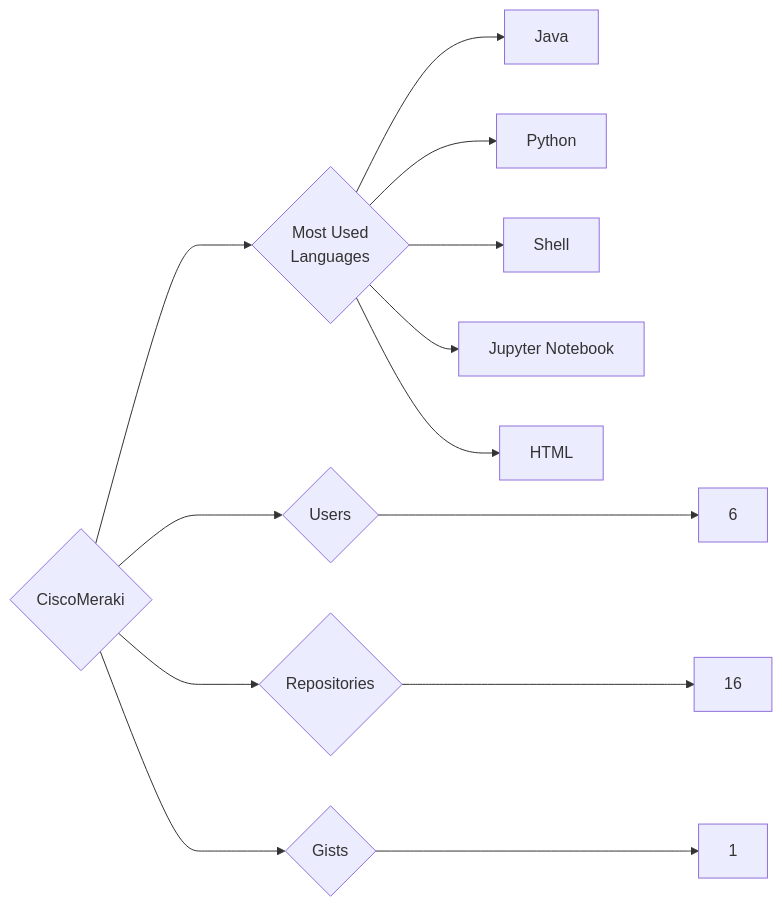
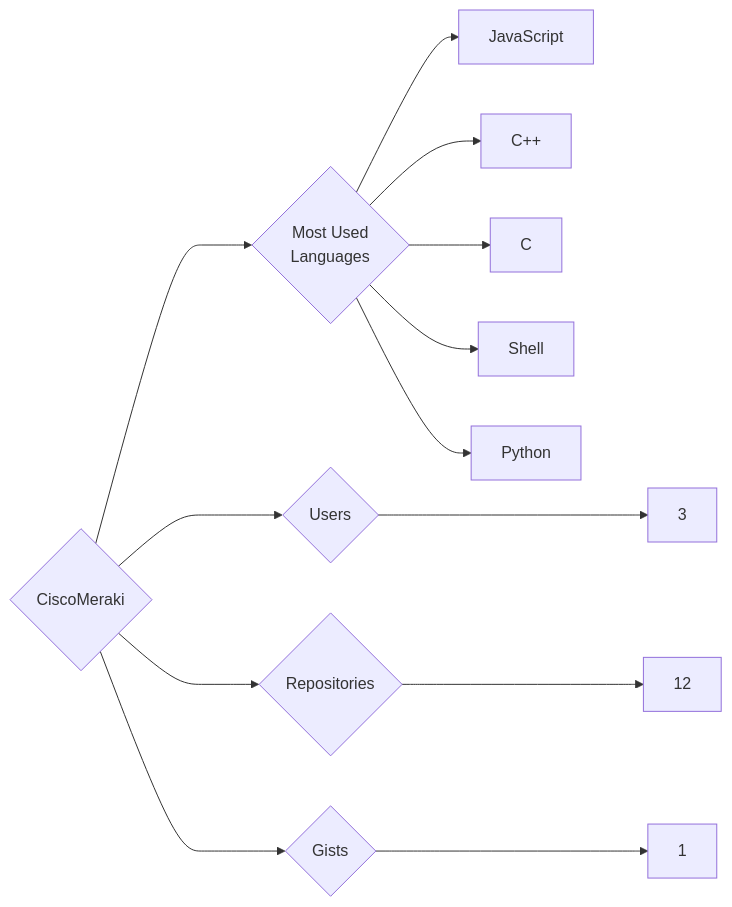
The diagram in targets/CiscoMeraki/README.md (trickest/insiders), drawn with Mermaid before and after one commit. The commit also changed 942 other files, not shown here.

````diff
--- a/targets/CiscoMeraki/README.md
+++ b/targets/CiscoMeraki/README.md
@@ -3,13 +3,13 @@
 ```mermaid
 graph LR
 COMPANY_NAME{CiscoMeraki}
-COMPANY_NAME ---> U{Users} ---> UN[6]
-COMPANY_NAME ---> R{Repositories} ---> RN[16]
+COMPANY_NAME ---> U{Users} ---> UN[3]
+COMPANY_NAME ---> R{Repositories} ---> RN[12]
 COMPANY_NAME ---> G{Gists} ---> GN[1]
 COMPANY_NAME ---> ML{Most Used<br>Languages}
-ML --> Java[Java]
+ML --> JavaScript[JavaScript]
+ML --> C++[C++]
+ML --> C[C]
+ML --> Shell[Shell]
 ML --> Python[Python]
-ML --> Shell[Shell]
-ML --> Jupyter_Notebook[Jupyter Notebook]
-ML --> HTML[HTML]
 ```
````
